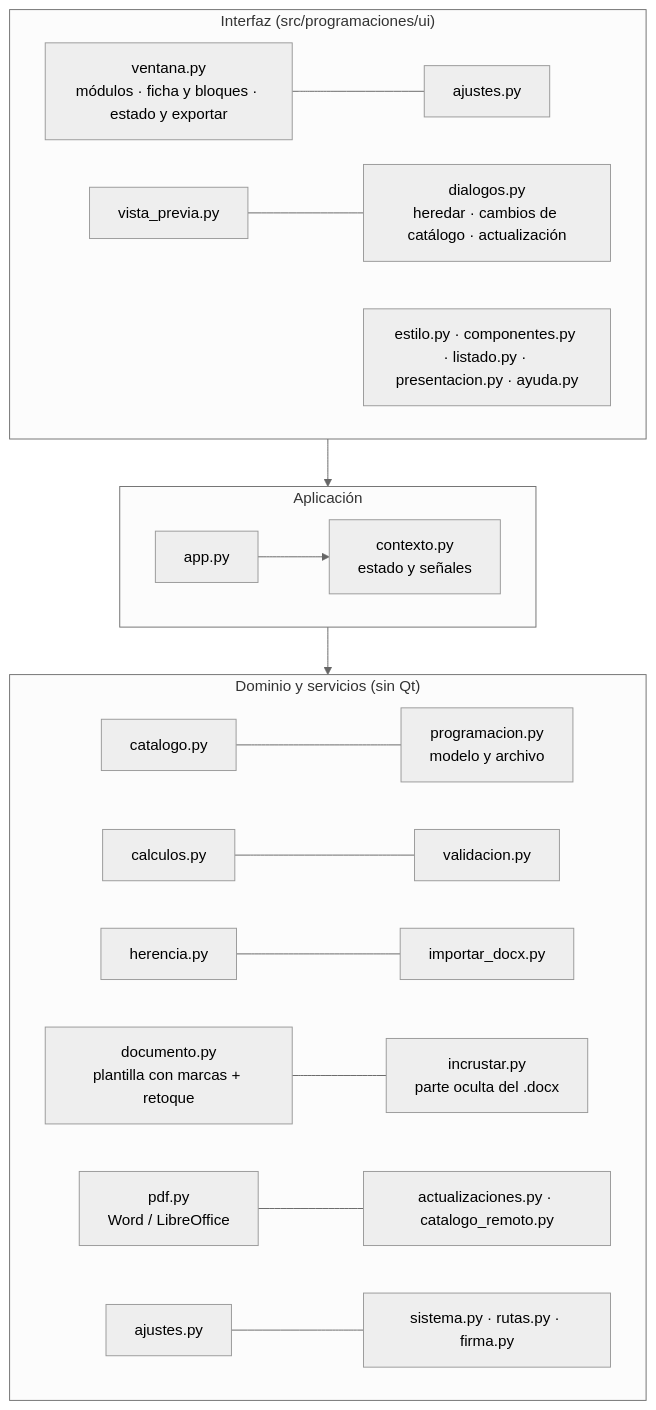
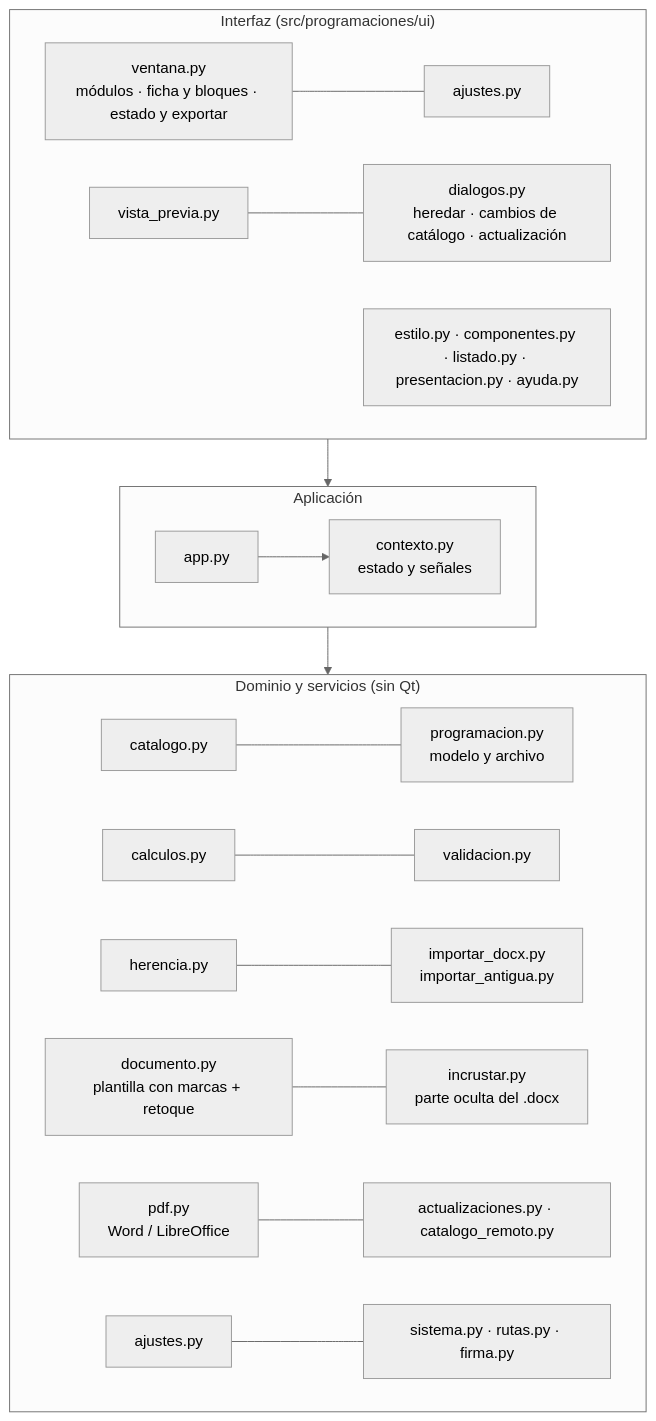
Before and after one commit to cferrerobonet/programaciones_fp: the diagram in TRD.md, drawn with Mermaid (neutral theme). The commit also changed other lines of this file and 8 other files, not shown here.

````diff
--- a/TRD.md
+++ b/TRD.md
@@ -48,20 +48,20 @@
 ```mermaid
 flowchart TB
   subgraph UI["Interfaz (src/programaciones/ui)"]
     V[ventana.py<br>módulos · ficha y bloques · estado y exportar] --- AJ[ajustes.py]
     PV[vista_previa.py] --- HE[dialogos.py<br>heredar · cambios de catálogo · actualización]
     C[estilo.py · componentes.py · listado.py · presentacion.py · ayuda.py]
   end
   subgraph APP["Aplicación"]
     APPPY[app.py] --> CTX[contexto.py<br>estado y señales]
   end
   subgraph DOM["Dominio y servicios (sin Qt)"]
     CAT[catalogo.py] --- PRO[programacion.py<br>modelo y archivo]
     CAL[calculos.py] --- VAL[validacion.py]
-    HER[herencia.py] --- IMP[importar_docx.py]
+    HER[herencia.py] --- IMP[importar_docx.py<br>importar_antigua.py]
     DOC[documento.py<br>plantilla con marcas + retoque] --- INC[incrustar.py<br>parte oculta del .docx]
     PDF[pdf.py<br>Word / LibreOffice] --- ACT[actualizaciones.py · catalogo_remoto.py]
     AJS[ajustes.py] --- SIS[sistema.py · rutas.py · firma.py]
   end
   UI --> APP --> DOM
 ```
````
